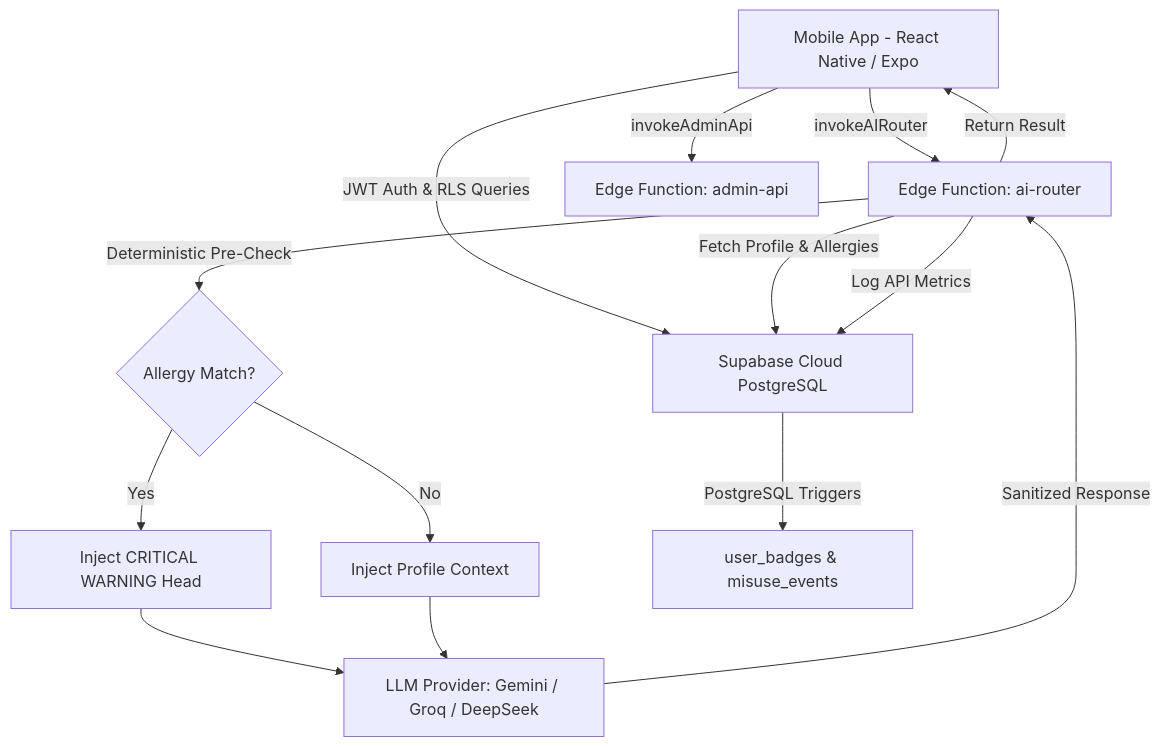
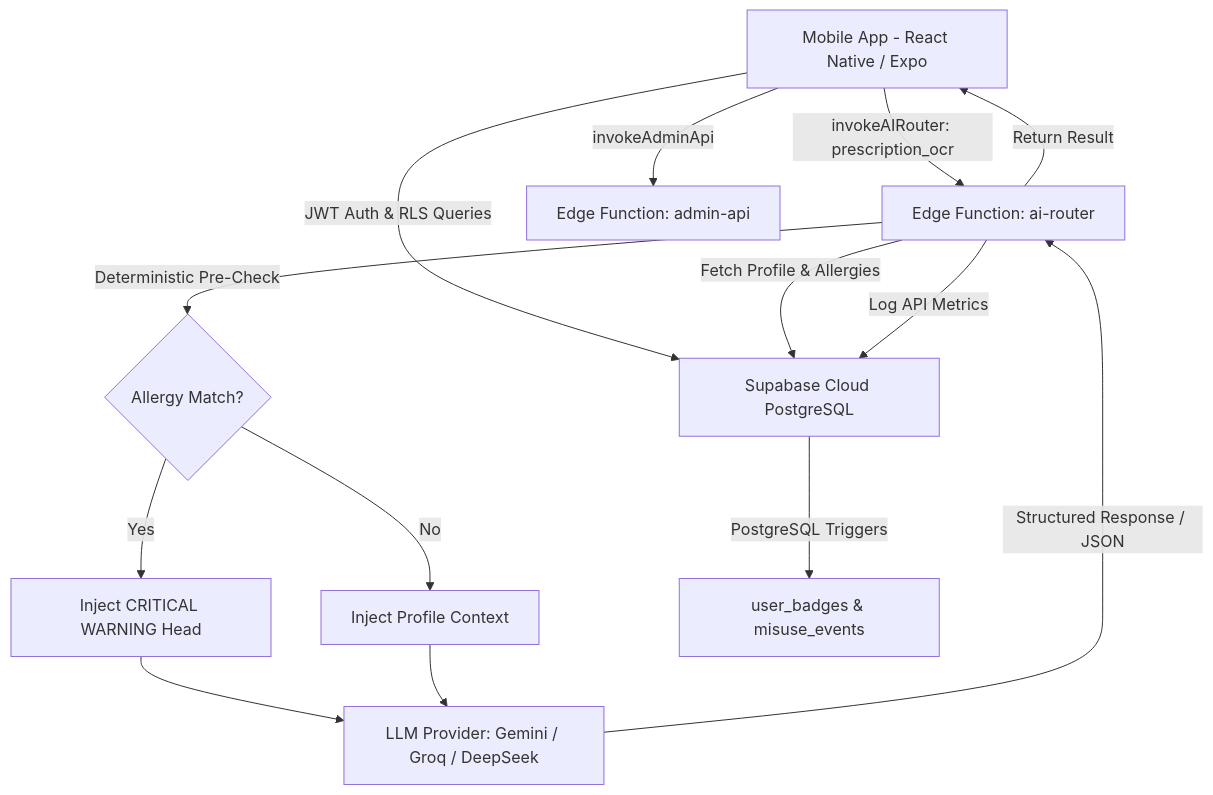
The diagram in README.md (Subhash-777/MedSentry), drawn with Mermaid before and after one commit. The commit also changed other lines of this file and 1 other file, not shown here.

First line of the commit message:
docs: update system architecture, OCR pipeline, and database schema documentation

````diff
--- a/README.md
+++ b/README.md
@@ -108,19 +124,19 @@
 ```mermaid
 graph TD
     A[Mobile App - React Native / Expo] -->|JWT Auth & RLS Queries| B[Supabase Cloud PostgreSQL]
-    A -->|invokeAIRouter| C[Edge Function: ai-router]
+    A -->|invokeAIRouter: prescription_ocr| C[Edge Function: ai-router]
     A -->|invokeAdminApi| D[Edge Function: admin-api]
 
     C -->|Fetch Profile & Allergies| B
     C -->|Deterministic Pre-Check| E{Allergy Match?}
     E -->|Yes| F[Inject CRITICAL WARNING Head]
     E -->|No| G[Inject Profile Context]
     
     F --> H[LLM Provider: Gemini / Groq / DeepSeek]
     G --> H
-    H -->|Sanitized Response| C
+    H -->|Structured Response / JSON| C
     C -->|Log API Metrics| B
     C -->|Return Result| A
 
     B -->|PostgreSQL Triggers| I[user_badges & misuse_events]
 ```
````
